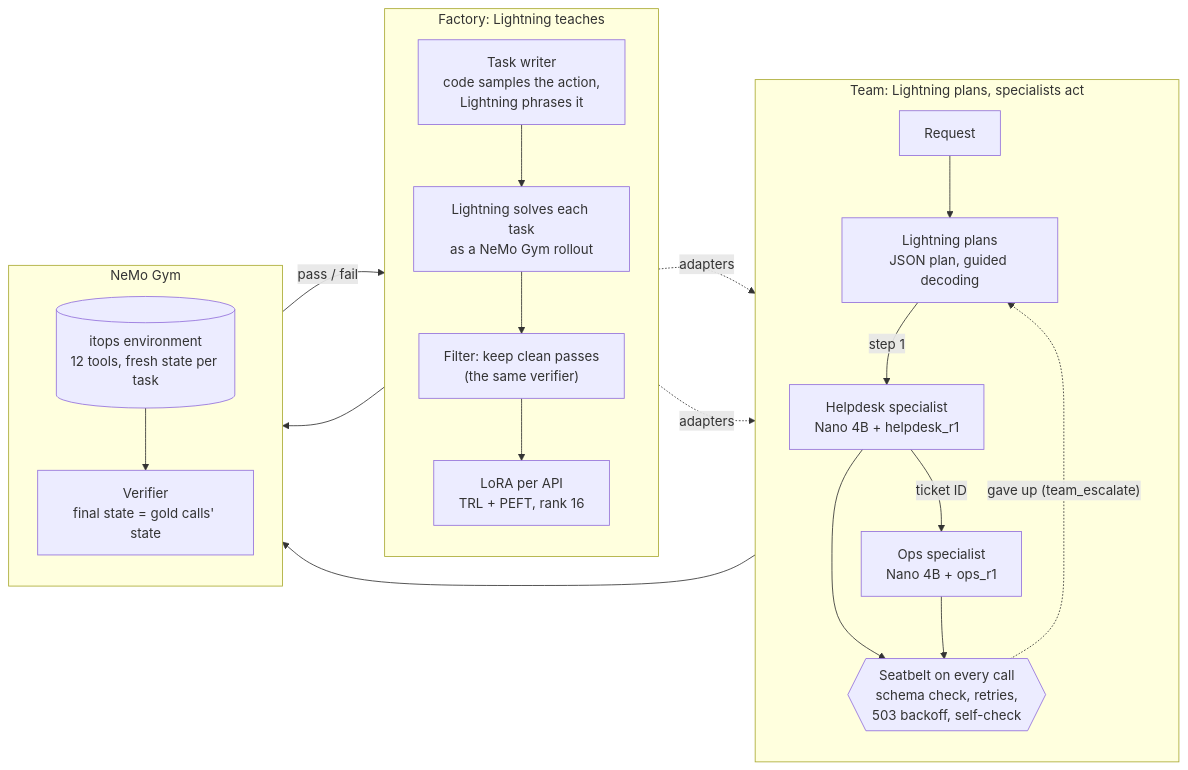
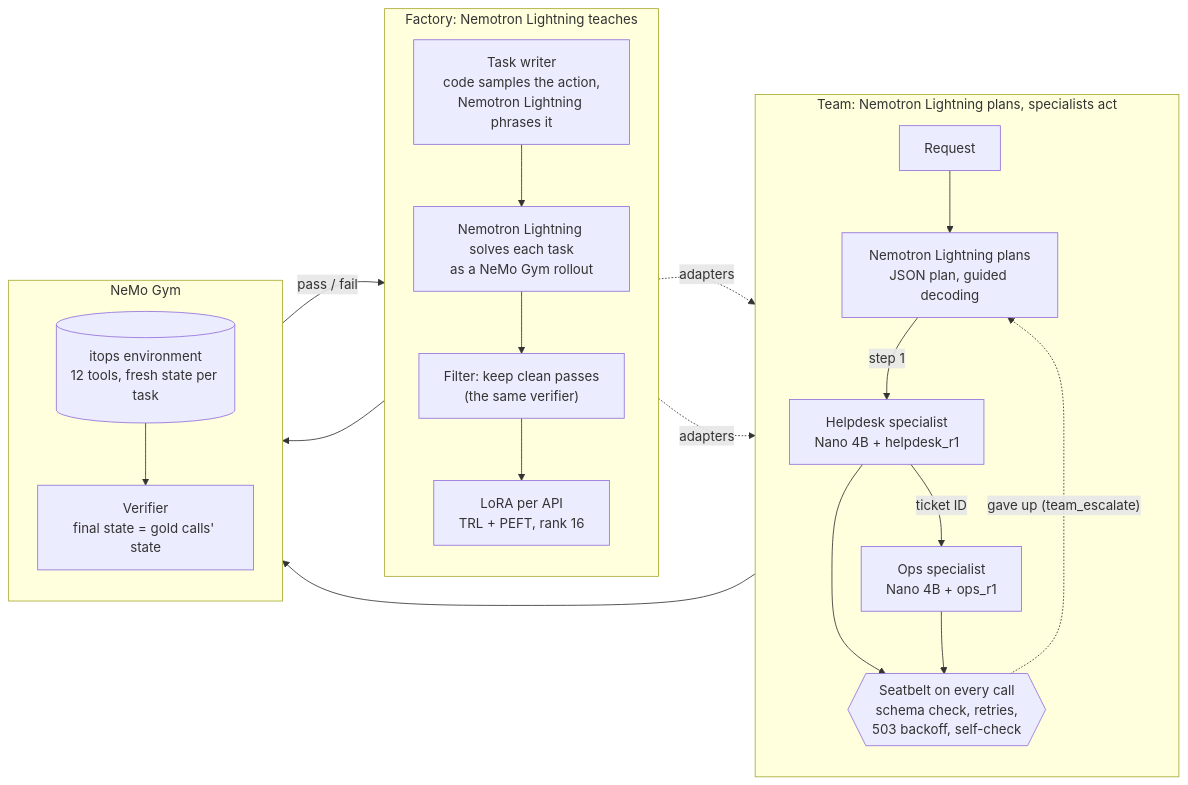
The diagram in README.md (techsachinkr/small-model-itops-team), drawn with Mermaid before and after one commit. The commit also changed other lines of this file and 1 other file, not shown here.

````diff
--- a/README.md
+++ b/README.md
@@ -75,30 +76,30 @@
 ```mermaid
 flowchart LR
-    subgraph factory["Factory: Lightning teaches"]
+    subgraph factory["Factory: Nemotron Lightning teaches"]
         direction TB
-        W["Task writer<br/>code samples the action,<br/>Lightning phrases it"] --> R["Lightning solves each task<br/>as a NeMo Gym rollout"]
+        W["Task writer<br/>code samples the action,<br/>Nemotron Lightning phrases it"] --> R["Nemotron Lightning solves each task<br/>as a NeMo Gym rollout"]
         R --> F["Filter: keep clean passes<br/>(the same verifier)"]
         F --> T["LoRA per API<br/>TRL + PEFT, rank 16"]
     end
-    subgraph team["Team: Lightning plans, specialists act"]
+    subgraph team["Team: Nemotron Lightning plans, specialists act"]
         direction TB
-        Q["Request"] --> P["Lightning plans<br/>JSON plan, guided decoding"]
+        Q["Request"] --> P["Nemotron Lightning plans<br/>JSON plan, guided decoding"]
         P -- "step 1" --> H["Helpdesk specialist<br/>Nano 4B + helpdesk_r1"]
         H -- "ticket ID" --> O["Ops specialist<br/>Nano 4B + ops_r1"]
         S{{"Seatbelt on every call<br/>schema check, retries,<br/>503 backoff, self-check"}}
         H --> S
         O --> S
         S -. "gave up (team_escalate)" .-> P
     end
     subgraph gym["NeMo Gym"]
         direction TB
         E[("itops environment<br/>12 tools, fresh state per task")]
         V["Verifier<br/>final state = gold calls' state"]
         E --> V
     end
     R --> E
     S --> E
     V -- "pass / fail" --> F
     T -. "adapters" .-> H
     T -. "adapters" .-> O
 ```
````
